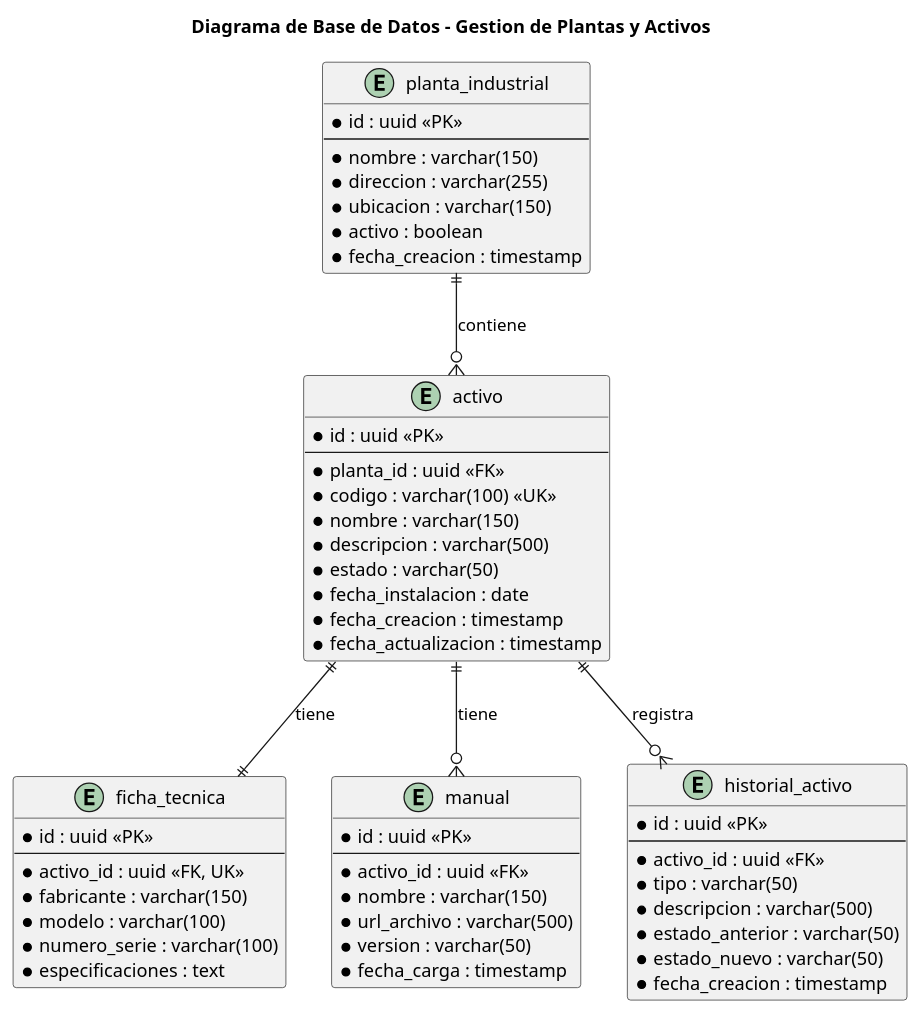
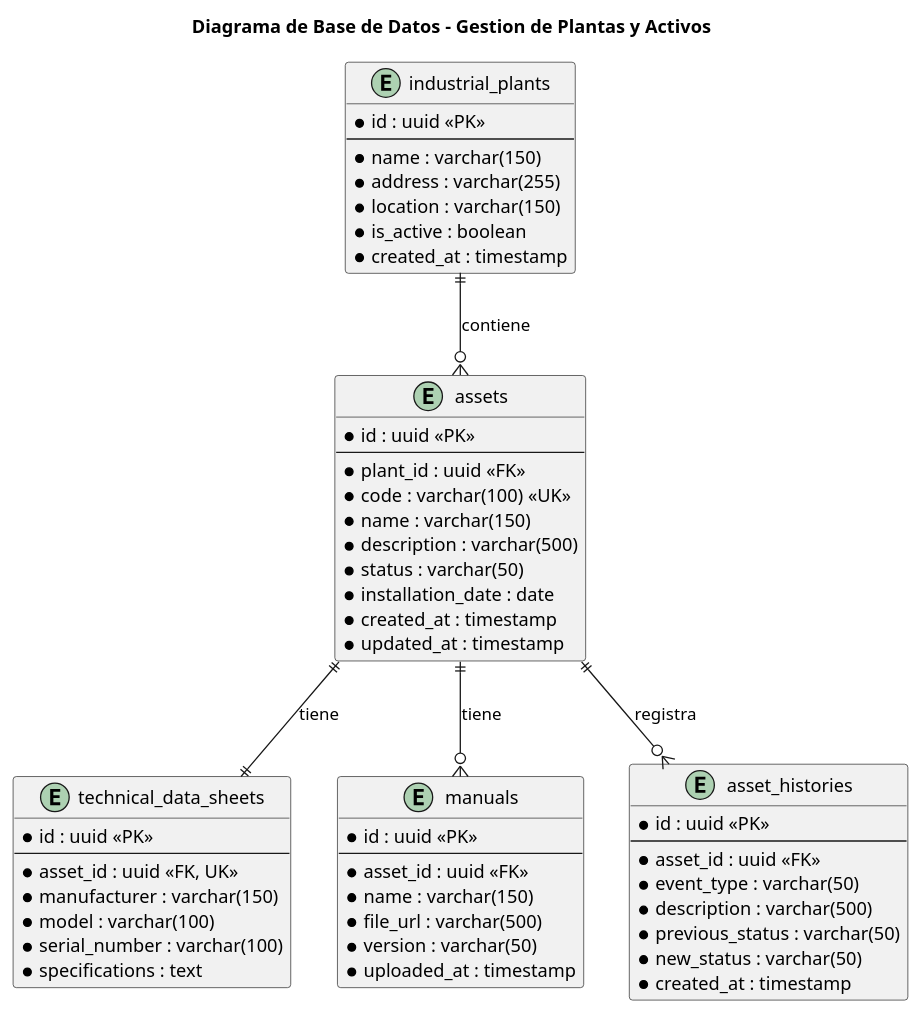
One commit to TechMakers-upc/Report changed the diagram in report/assets/diagrams/database-diagram/database-diagram-BC2.puml. Above: the diagram before and after it, drawn with PlantUML. The commit also changed 30 other files, not shown here.

Commit message:
fix(report): fix conventions in class, database, and c4 diagrams

```diff
--- a/report/assets/diagrams/database-diagram/database-diagram-BC2.puml
+++ b/report/assets/diagrams/database-diagram/database-diagram-BC2.puml
@@ -1,70 +1,70 @@
 @startuml
 title Diagrama de Base de Datos - Gestion de Plantas y Activos
 
 ' informacion de las sedes o plantas
-entity "planta_industrial" as planta {
+entity "industrial_plants" as industrial_plants {
     * id : uuid <<PK>>
     --
-    * nombre : varchar(150)
-    * direccion : varchar(255)
-    * ubicacion : varchar(150)
-    * activo : boolean
-    * fecha_creacion : timestamp
+    * name : varchar(150)
+    * address : varchar(255)
+    * location : varchar(150)
+    * is_active : boolean
+    * created_at : timestamp
 }
 
 ' maquinas y equipos registrados
-entity "activo" as activo {
+entity "assets" as assets {
     * id : uuid <<PK>>
     --
-    * planta_id : uuid <<FK>>
-    * codigo : varchar(100) <<UK>>
-    * nombre : varchar(150)
-    * descripcion : varchar(500)
-    * estado : varchar(50)
-    * fecha_instalacion : date
-    * fecha_creacion : timestamp
-    * fecha_actualizacion : timestamp
+    * plant_id : uuid <<FK>>
+    * code : varchar(100) <<UK>>
+    * name : varchar(150)
+    * description : varchar(500)
+    * status : varchar(50)
+    * installation_date : date
+    * created_at : timestamp
+    * updated_at : timestamp
 }
 
 ' datos tecnicos detallados de cada activo
-entity "ficha_tecnica" as ficha {
+entity "technical_data_sheets" as technical_data_sheets {
     * id : uuid <<PK>>
     --
-    * activo_id : uuid <<FK, UK>>
-    * fabricante : varchar(150)
-    * modelo : varchar(100)
-    * numero_serie : varchar(100)
-    * especificaciones : text
+    * asset_id : uuid <<FK, UK>>
+    * manufacturer : varchar(150)
+    * model : varchar(100)
+    * serial_number : varchar(100)
+    * specifications : text
 }
 
 ' manuales o documentos adjuntos
-entity "manual" as manual {
+entity "manuals" as manuals {
     * id : uuid <<PK>>
     --
-    * activo_id : uuid <<FK>>
-    * nombre : varchar(150)
-    * url_archivo : varchar(500)
+    * asset_id : uuid <<FK>>
+    * name : varchar(150)
+    * file_url : varchar(500)
     * version : varchar(50)
-    * fecha_carga : timestamp
+    * uploaded_at : timestamp
 }
 
 ' log de cambios y eventos sobre la maquina
-entity "historial_activo" as historial {
+entity "asset_histories" as asset_histories {
     * id : uuid <<PK>>
     --
-    * activo_id : uuid <<FK>>
-    * tipo : varchar(50)
-    * descripcion : varchar(500)
-    * estado_anterior : varchar(50)
-    * estado_nuevo : varchar(50)
-    * fecha_creacion : timestamp
+    * asset_id : uuid <<FK>>
+    * event_type : varchar(50)
+    * description : varchar(500)
+    * previous_status : varchar(50)
+    * new_status : varchar(50)
+    * created_at : timestamp
 }
 
 ' una planta agrupa varios activos
-planta ||--o{ activo : contiene
+industrial_plants ||--o{ assets : contiene
 
 ' relaciones directas del activo con su documentacion
-activo ||--|| ficha : tiene
-activo ||--o{ manual : tiene
-activo ||--o{ historial : registra
+assets ||--|| technical_data_sheets : tiene
+assets ||--o{ manuals : tiene
+assets ||--o{ asset_histories : registra
 @enduml
```
